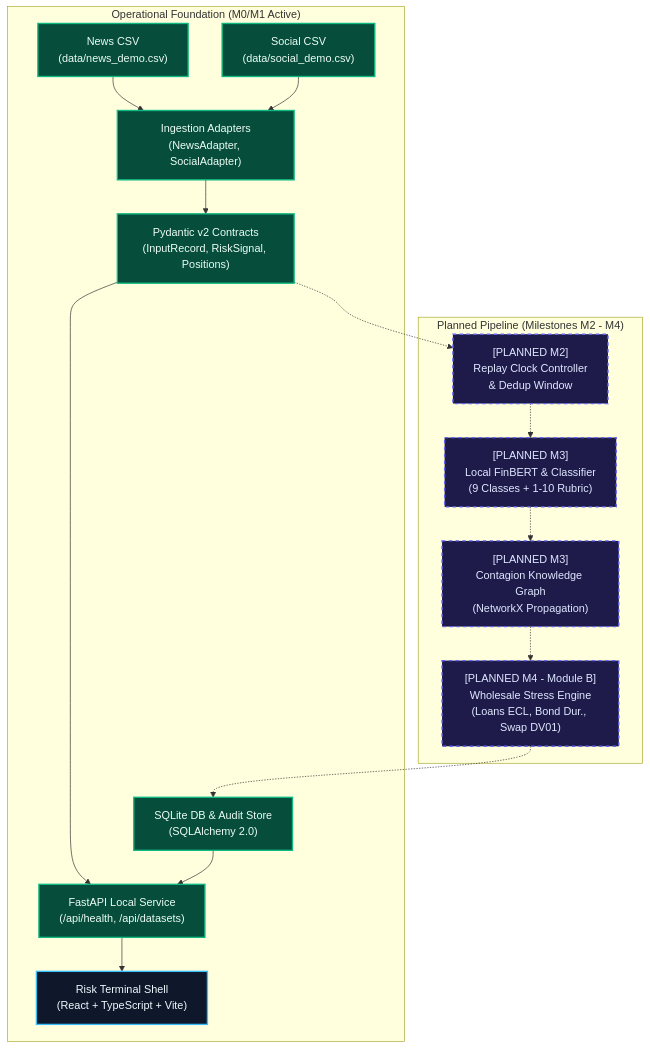
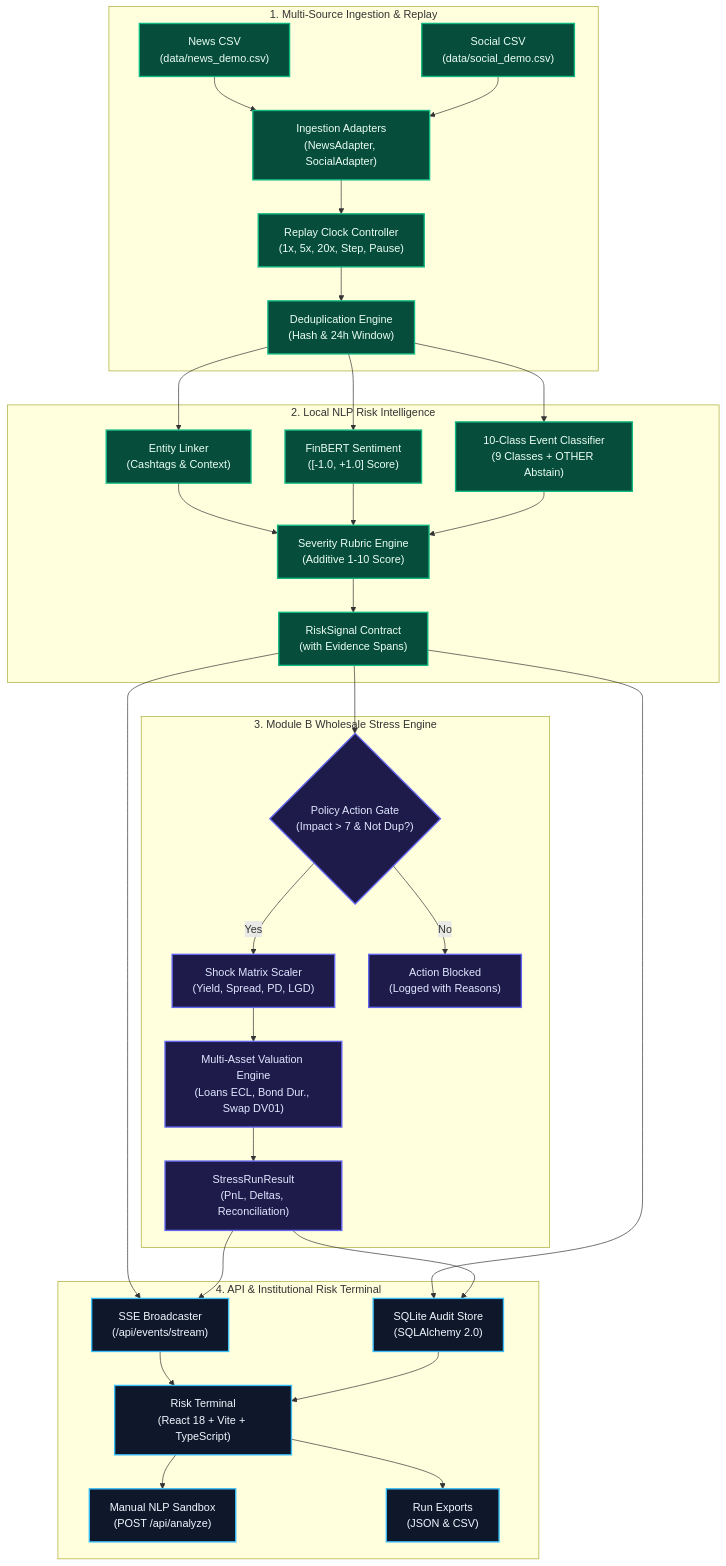
The diagram in README.md (amaannn08/iit-kharagpur-aman-gupta-hackathon), drawn with Mermaid before and after one commit. The commit also changed other lines of this file, not shown here.

Commit message:
docs: update system documentation with end-to-end operational capabilities and benchmark results

````diff
--- a/README.md
+++ b/README.md
@@ -41,27 +50,41 @@
 ```mermaid
 flowchart TD
-    subgraph Operational["Operational Foundation (M0/M1 Active)"]
+    subgraph Ingestion["1. Multi-Source Ingestion & Replay"]
         N["News CSV\n(data/news_demo.csv)"] --> ADAPT["Ingestion Adapters\n(NewsAdapter, SocialAdapter)"]
         S["Social CSV\n(data/social_demo.csv)"] --> ADAPT
-        ADAPT --> CONT["Pydantic v2 Contracts\n(InputRecord, RiskSignal, Positions)"]
-        CONT --> API["FastAPI Local Service\n(/api/health, /api/datasets)"]
-        DB["SQLite DB & Audit Store\n(SQLAlchemy 2.0)"] --> API
-        API --> UI["Risk Terminal Shell\n(React + TypeScript + Vite)"]
+        ADAPT --> REPLAY["Replay Clock Controller\n(1x, 5x, 20x, Step, Pause)"]
+        REPLAY --> DEDUP["Deduplication Engine\n(Hash & 24h Window)"]
     end
 
-    subgraph Roadmap["Planned Pipeline (Milestones M2 - M4)"]
-        CONT -.-> CLK["[PLANNED M2]\nReplay Clock Controller\n& Dedup Window"]
-        CLK -.-> NLP["[PLANNED M3]\nLocal FinBERT & Classifier\n(9 Classes + 1-10 Rubric)"]
-        NLP -.-> GRAPH["[PLANNED M3]\nContagion Knowledge Graph\n(NetworkX Propagation)"]
-        GRAPH -.-> STRESS["[PLANNED M4 - Module B]\nWholesale Stress Engine\n(Loans ECL, Bond Dur., Swap DV01)"]
-        STRESS -.-> DB
+    subgraph NLP["2. Local NLP Risk Intelligence"]
+        DEDUP --> ENT["Entity Linker\n(Cashtags & Context)"]
+        DEDUP --> SENT["FinBERT Sentiment\n([-1.0, +1.0] Score)"]
+        DEDUP --> EVT["10-Class Event Classifier\n(9 Classes + OTHER Abstain)"]
+        ENT & SENT & EVT --> RUBRIC["Severity Rubric Engine\n(Additive 1-10 Score)"]
+        RUBRIC --> SIG["RiskSignal Contract\n(with Evidence Spans)"]
+    end
+
+    subgraph Stress["3. Module B Wholesale Stress Engine"]
+        SIG --> GATE{"Policy Action Gate\n(Impact > 7 & Not Dup?)"}
+        GATE -- Yes --> SHOCK["Shock Matrix Scaler\n(Yield, Spread, PD, LGD)"]
+        SHOCK --> VAL["Multi-Asset Valuation Engine\n(Loans ECL, Bond Dur., Swap DV01)"]
+        VAL --> RUN["StressRunResult\n(PnL, Deltas, Reconciliation)"]
+        GATE -- No --> BLK["Action Blocked\n(Logged with Reasons)"]
+    end
+
+    subgraph API_UI["4. API & Institutional Risk Terminal"]
+        SIG & RUN --> SSE["SSE Broadcaster\n(/api/events/stream)"]
+        SIG & RUN --> DB["SQLite Audit Store\n(SQLAlchemy 2.0)"]
+        SSE & DB --> UI["Risk Terminal\n(React 18 + Vite + TypeScript)"]
+        UI --> PLAY["Manual NLP Sandbox\n(POST /api/analyze)"]
+        UI --> EXP["Run Exports\n(JSON & CSV)"]
     end
 
     classDef active fill:#064e3b,stroke:#10b981,stroke-width:2px,color:#ecfdf5;
-    classDef planned fill:#1e1b4b,stroke:#6366f1,stroke-width:2px,stroke-dasharray: 5 5,color:#e0e7ff;
-    classDef shell fill:#0f172a,stroke:#38bdf8,stroke-width:2px,color:#f0f9ff;
+    classDef stress fill:#1e1b4b,stroke:#6366f1,stroke-width:2px,color:#e0e7ff;
+    classDef ui fill:#0f172a,stroke:#38bdf8,stroke-width:2px,color:#f0f9ff;
 
-    class N,S,ADAPT,CONT,API,DB active;
-    class CLK,NLP,GRAPH,STRESS planned;
-    class UI shell;
+    class N,S,ADAPT,REPLAY,DEDUP,ENT,SENT,EVT,RUBRIC,SIG active;
+    class GATE,SHOCK,VAL,RUN,BLK stress;
+    class SSE,DB,UI,PLAY,EXP ui;
 ```
````
